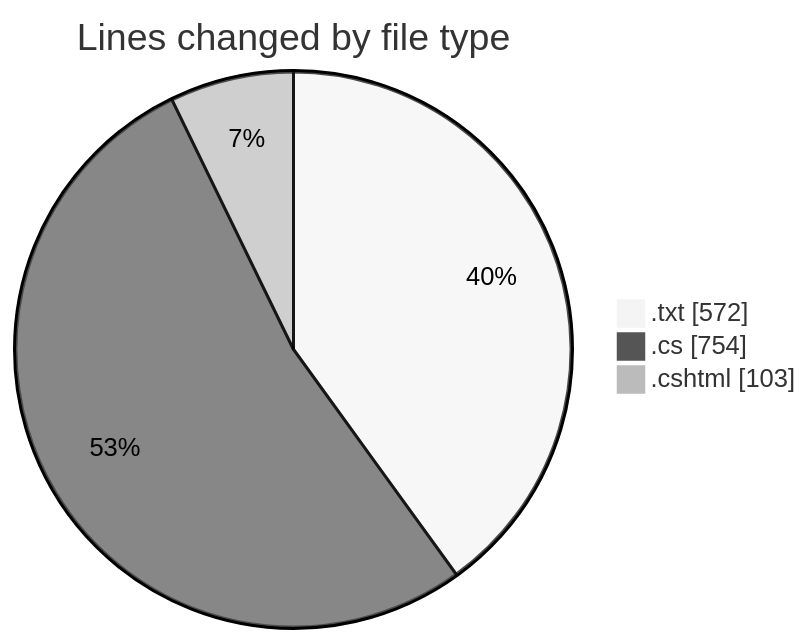
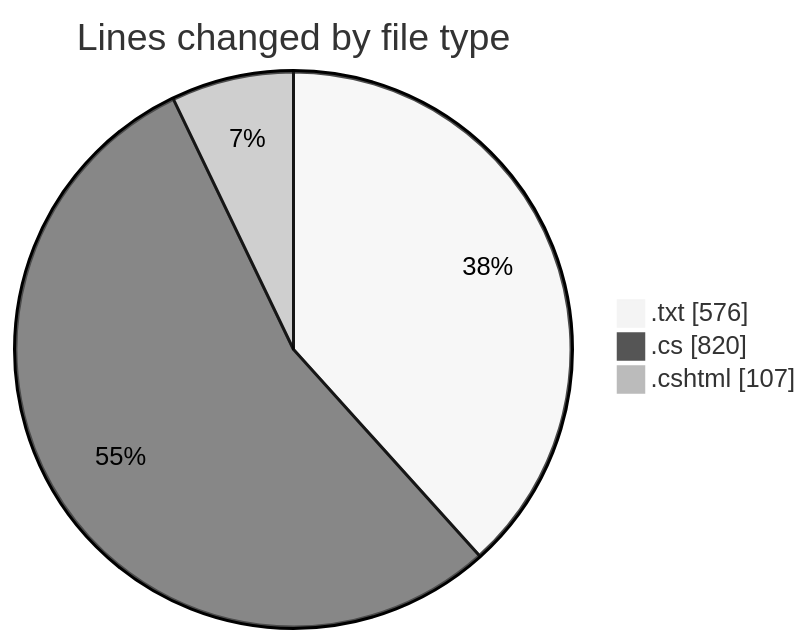
The first of 2 diagrams in 2025-07-26/quanlyrapchieuphim-1/README.md (lephambinh05/code-tracking), drawn with Mermaid (neutral theme) before and after one commit. The commit also changed other lines of this file and 1 other file, not shown here.

````diff
--- a/2025-07-26/quanlyrapchieuphim-1/README.md
+++ b/2025-07-26/quanlyrapchieuphim-1/README.md
@@ -26,7 +26,7 @@
 ```mermaid
 pie showData
 title Lines changed by file type
-".txt" : 572
-".cs" : 754
-".cshtml" : 103
+".txt" : 576
+".cs" : 820
+".cshtml" : 107
 ```
````
